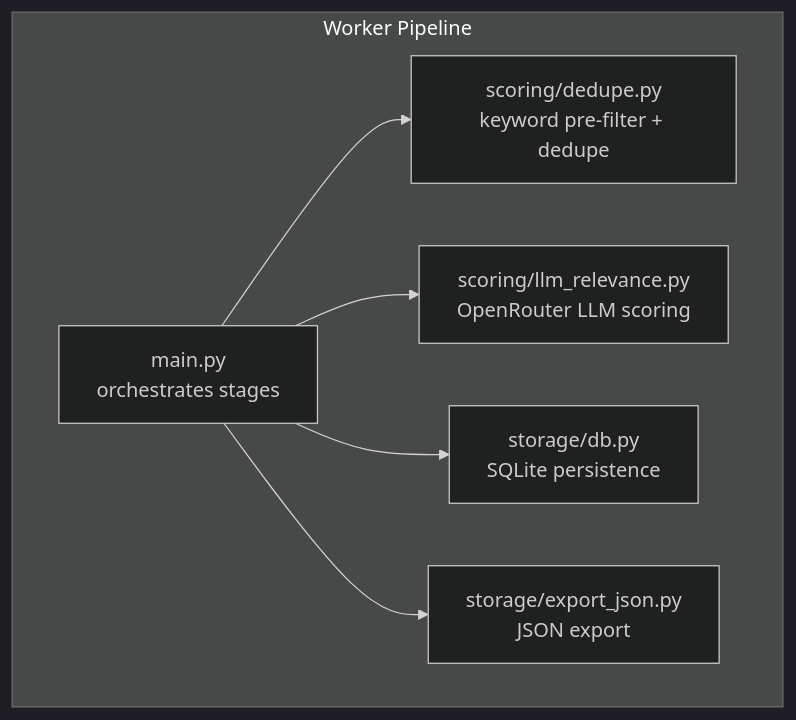
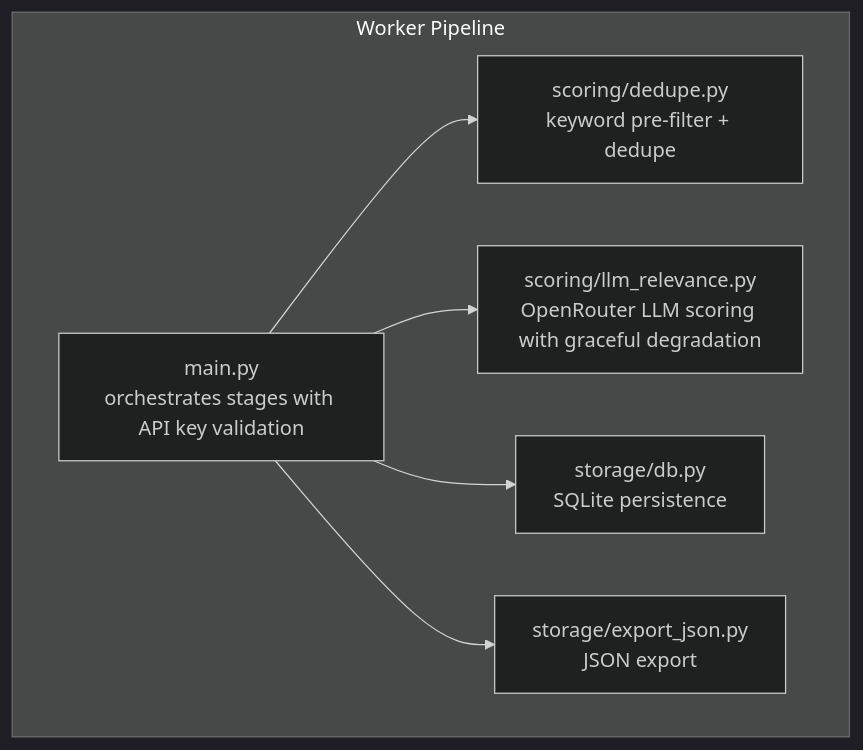
One commit to shakthi-vinayak/news changed the first of 3 diagrams in .qoder/repowiki/en/content/Content Processing Pipeline/LLM Relevance Scoring.md. Above: the diagram before and after it, drawn with Mermaid (dark theme). The commit also changed other lines of this file and 37 other files, not shown here.

````diff
--- a/.qoder/repowiki/en/content/Content Processing Pipeline/LLM Relevance Scoring.md
+++ b/.qoder/repowiki/en/content/Content Processing Pipeline/LLM Relevance Scoring.md
@@ -38,14 +45,14 @@
 ```mermaid
 graph TB
 subgraph "Worker Pipeline"
-A["main.py<br/>orchestrates stages"]
-B["scoring/llm_relevance.py<br/>OpenRouter LLM scoring"]
+A["main.py<br/>orchestrates stages with API key validation"]
+B["scoring/llm_relevance.py<br/>OpenRouter LLM scoring with graceful degradation"]
 C["scoring/dedupe.py<br/>keyword pre-filter + dedupe"]
 D["storage/db.py<br/>SQLite persistence"]
 E["storage/export_json.py<br/>JSON export"]
 end
 A --> C
 A --> B
 A --> D
 A --> E
 ```
````
